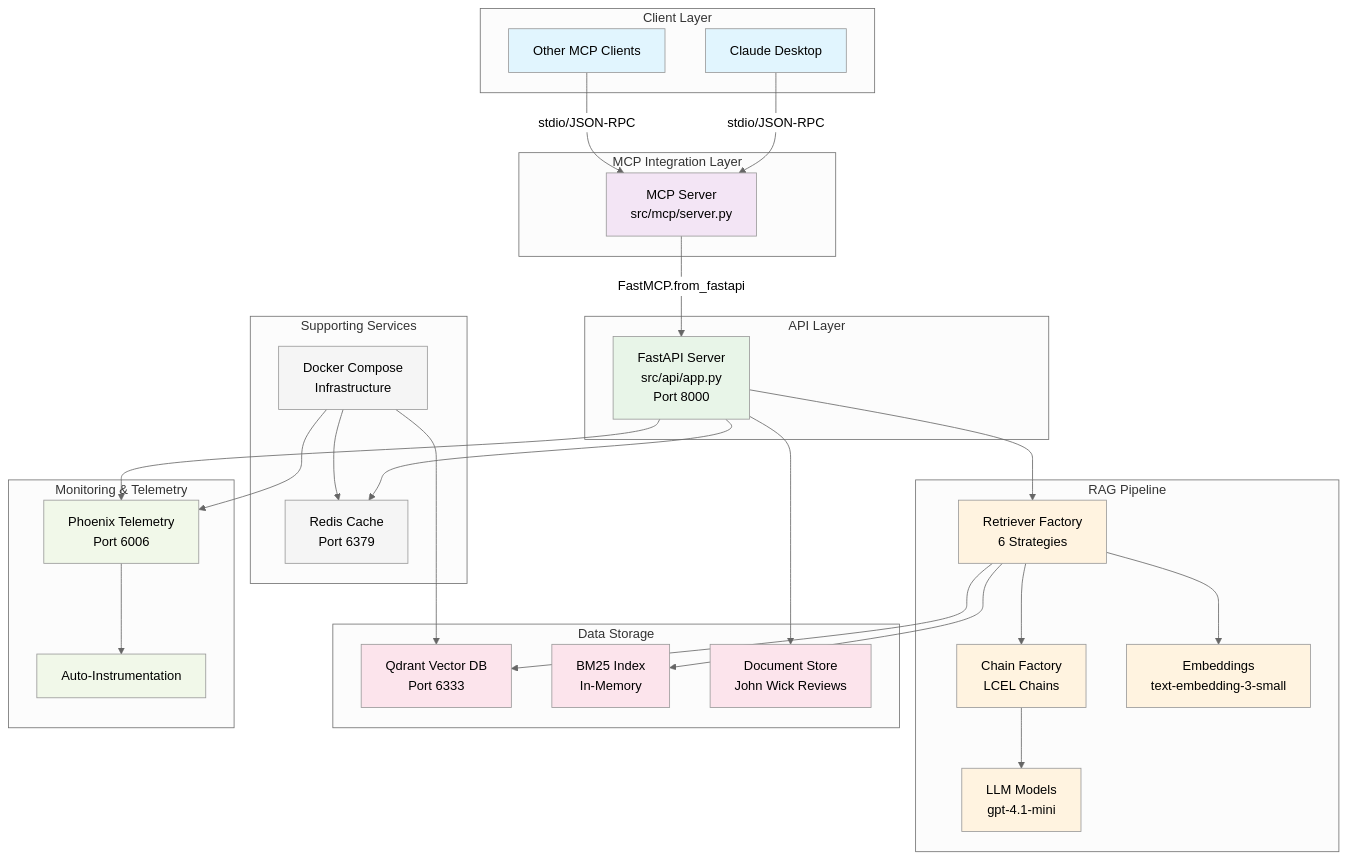
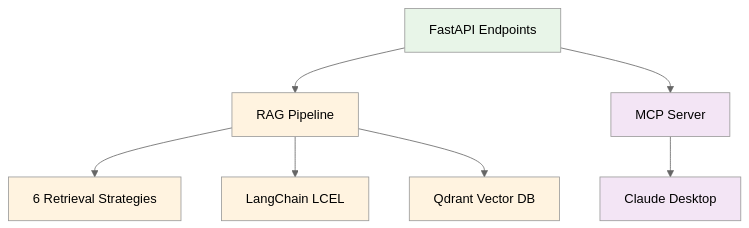
The diagram in README.md (donbr/adv-rag), drawn with Mermaid (neutral theme) before and after one commit. The commit also changed other lines of this file and 98 other files, not shown here.

````diff
--- a/README.md
+++ b/README.md
@@ -144,71 +106,17 @@
 ```mermaid
 graph TB
-    subgraph "Client Layer"
-        A[Claude Desktop] 
-        B[Other MCP Clients]
-    end
+    A[FastAPI Endpoints] --> B[RAG Pipeline]
+    A --> C[MCP Server]
+    B --> D[6 Retrieval Strategies]
+    B --> E[LangChain LCEL]
+    B --> F[Qdrant Vector DB]
+    C --> G[Claude Desktop]
     
-    subgraph "MCP Integration Layer"
-        C[MCP Server<br/>src/mcp/server.py]
-    end
-    
-    subgraph "API Layer"
-        D[FastAPI Server<br/>src/api/app.py<br/>Port 8000]
-    end
-    
-    subgraph "RAG Pipeline"
-        E[Retriever Factory<br/>6 Strategies]
-        F[Chain Factory<br/>LCEL Chains]
-        G[LLM Models<br/>gpt-4.1-mini]
-        H[Embeddings<br/>text-embedding-3-small]
-    end
-    
-    subgraph "Data Storage"
-        I[Qdrant Vector DB<br/>Port 6333]
-        J[BM25 Index<br/>In-Memory]
-        K[Document Store<br/>John Wick Reviews]
-    end
-    
-    subgraph "Monitoring & Telemetry"
-        L[Phoenix Telemetry<br/>Port 6006]
-        M[Auto-Instrumentation]
-    end
-    
-    subgraph "Supporting Services"
-        N[Redis Cache<br/>Port 6379]
-        O[Docker Compose<br/>Infrastructure]
-    end
-    
-    A -->|stdio/JSON-RPC| C
-    B -->|stdio/JSON-RPC| C
-    C -->|FastMCP.from_fastapi| D
-    D --> E
-    E --> F
-    F --> G
-    E --> H
-    E --> I
-    E --> J
-    D --> K
-    D --> L
-    L --> M
-    D --> N
-    O --> I
-    O --> L
-    O --> N
-    
-    classDef client fill:#e1f5fe
-    classDef mcp fill:#f3e5f5
     classDef api fill:#e8f5e8
     classDef rag fill:#fff3e0
-    classDef storage fill:#fce4ec
-    classDef monitor fill:#f1f8e9
-    classDef support fill:#f5f5f5
+    classDef mcp fill:#f3e5f5
     
-    class A,B client
-    class C mcp
-    class D api
-    class E,F,G,H rag
-    class I,J,K storage
-    class L,M monitor
-    class N,O support
+    class A api
+    class B,D,E,F rag
+    class C,G mcp
 ```
````
